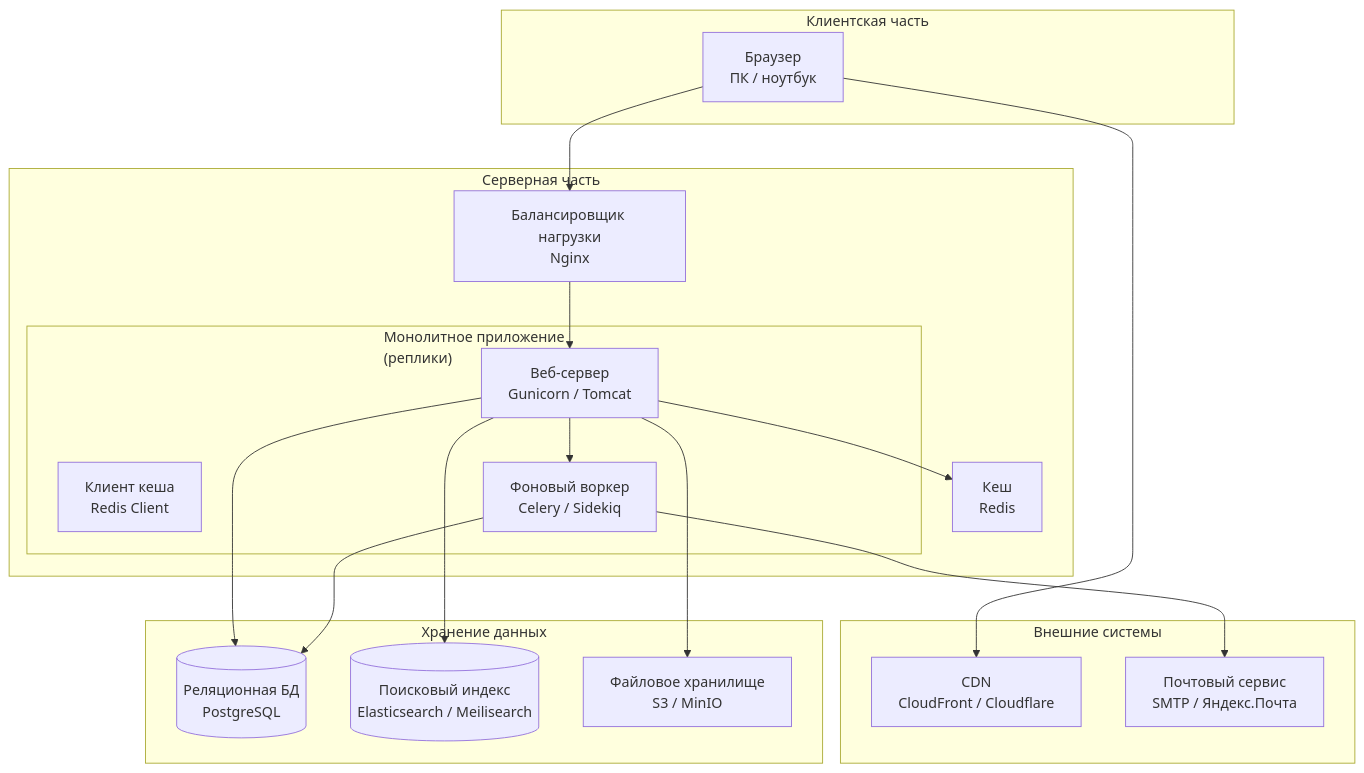
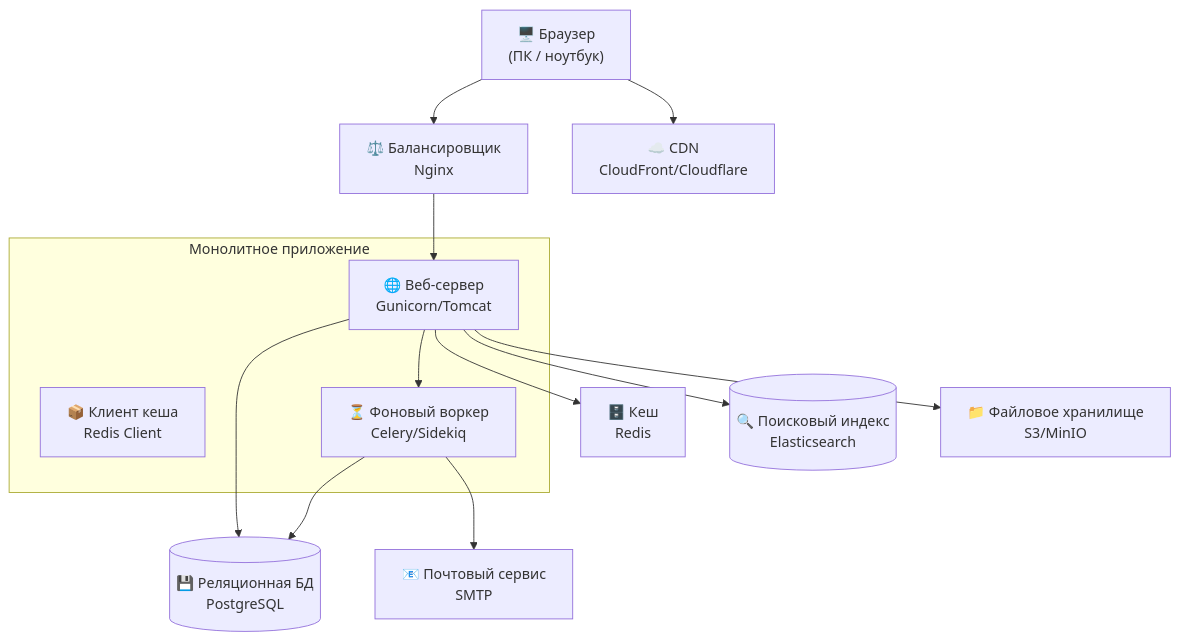
One commit to Par3431/Projectirovanie_IS changed the second of 2 diagrams in LAB8.md. Above: the diagram before and after it, drawn with Mermaid.

````diff
--- a/LAB8.md
+++ b/LAB8.md
@@ -70,40 +70,41 @@
 ```mermaid
-flowchart TD
-    subgraph Client["Клиентская часть"]
-        Browser["Браузер\nПК / ноутбук"]
+flowchart TB
+
+    %% Клиентская часть
+    Browser["🖥️ Браузер\n(ПК / ноутбук)"]
+
+    %% Серверная часть
+    LB["⚖️ Балансировщик\nNginx"]
+
+    subgraph App["Монолитное приложение"]
+        Web["🌐 Веб-сервер\nGunicorn/Tomcat"]
+        CacheClient["📦 Клиент кеша\nRedis Client"]
+        Worker["⏳ Фоновый воркер\nCelery/Sidekiq"]
     end
 
-    subgraph Server["Серверная часть"]
-        LB["Балансировщик нагрузки\nNginx"]
-        
-        subgraph MonolithApp["Монолитное приложение\n(реплики)"]
-            WebServer["Веб-сервер\nGunicorn / Tomcat"]
-            CacheClient["Клиент кеша\nRedis Client"]
-            Worker["Фоновый воркер\nCelery / Sidekiq"]
-        end
-        
-        Cache["Кеш\nRedis"]
-    end
+    Redis["🗄️ Кеш\nRedis"]
 
-    subgraph External["Внешние системы"]
-        CDN["CDN\nCloudFront / Cloudflare"]
-        EmailSMTP["Почтовый сервис\nSMTP / Яндекс.Почта"]
-    end
+    %% Внешние системы
+    CDN["☁️ CDN\nCloudFront/Cloudflare"]
+    Email["📧 Почтовый сервис\nSMTP"]
 
-    subgraph Storage["Хранение данных"]
-        DB[("Реляционная БД\nPostgreSQL")]
-        SearchDB[("Поисковый индекс\nElasticsearch / Meilisearch")]
-        MediaStorage["Файловое хранилище\nS3 / MinIO"]
-    end
+    %% Хранилища
+    DB[("💾 Реляционная БД\nPostgreSQL")]
+    Search[("🔍 Поисковый индекс\nElasticsearch")]
+    Media["📁 Файловое хранилище\nS3/MinIO"]
 
+    %% Связи
     Browser --> LB
-    LB --> WebServer
-    WebServer --> Cache
-    WebServer --> DB
-    WebServer --> SearchDB
-    WebServer --> MediaStorage
-    WebServer --> Worker
-    Worker --> EmailSMTP
+    LB --> Web
+
+    Web --> Redis
+    Web --> DB
+    Web --> Search
+    Web --> Media
+
+    Web --> Worker
+    Worker --> Email
     Worker --> DB
+
     Browser --> CDN
 ```
````
